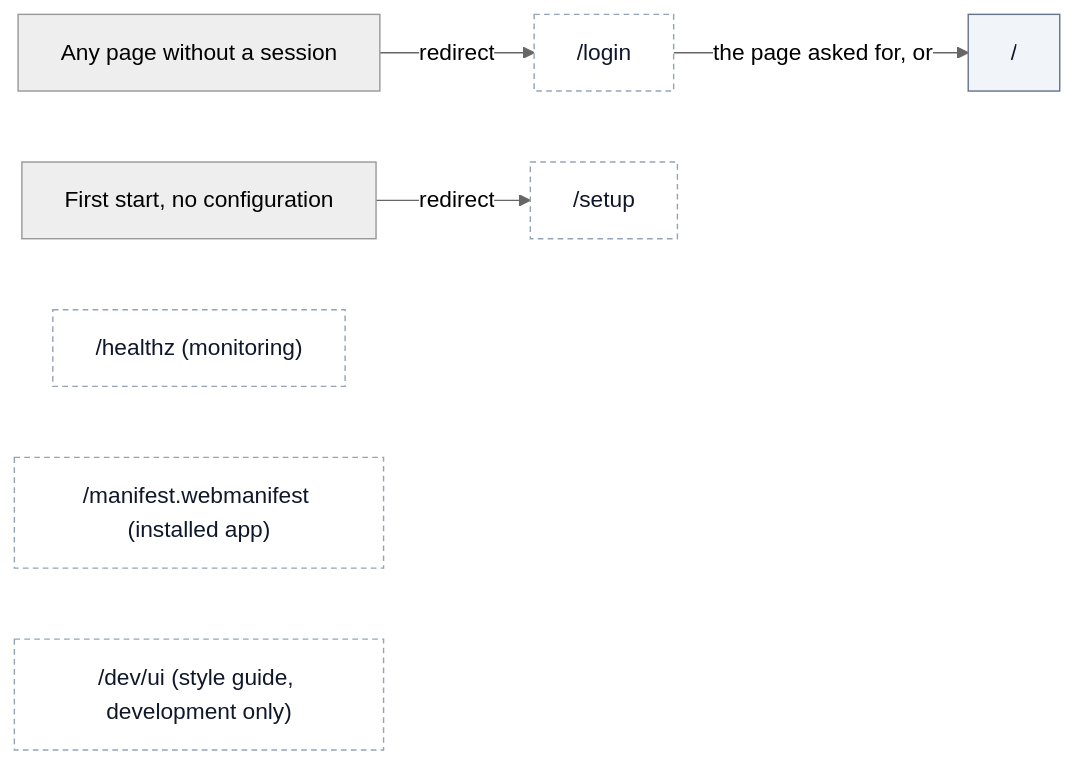
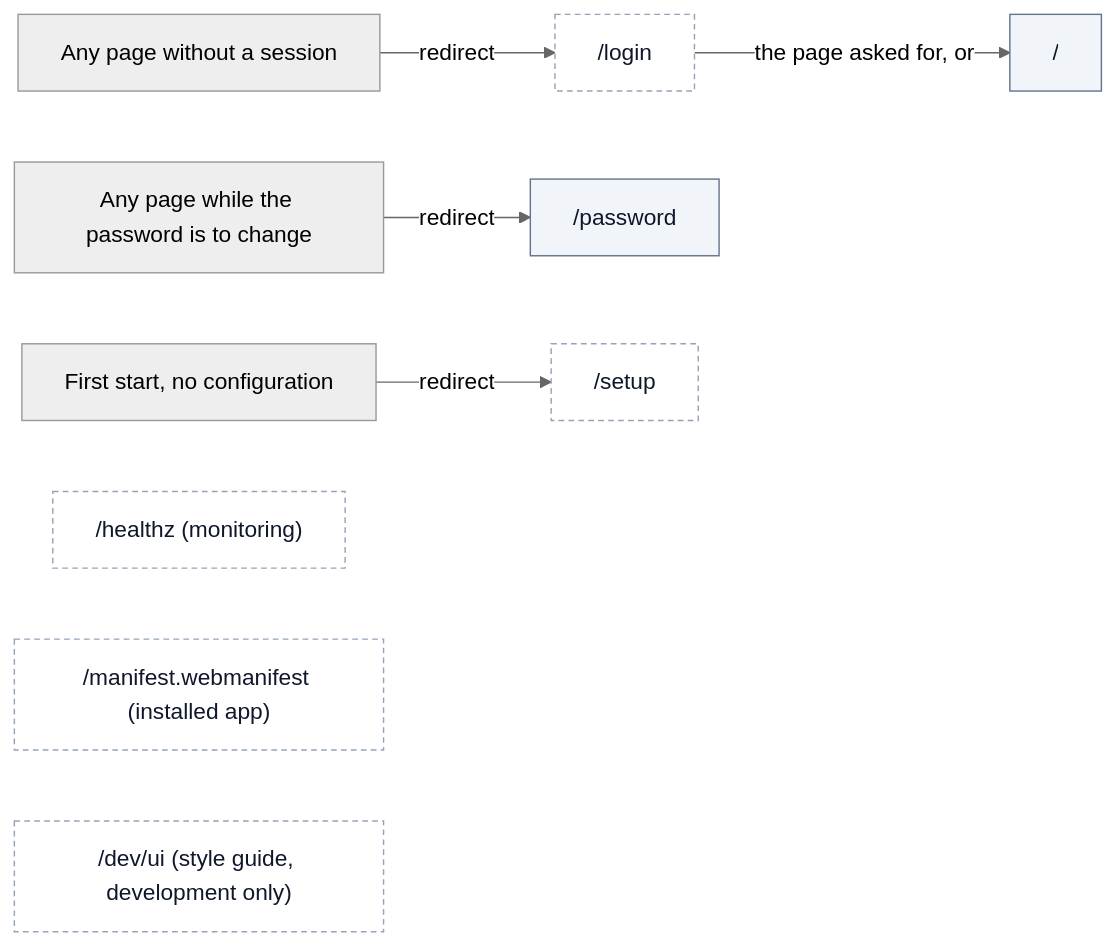
Diagram 11 of 19 in docs/navigation.md (itotm/biblioviva), drawn with Mermaid (neutral theme) before and after one commit. The commit also changed other lines of this file and 91 other files, not shown here.

Commit message:
phase 9.51–9.53: personal accounts with the password changed at the first login and from the account menu; a loan right after a return at the desk; database diagrams drawn on the site and the libraries page

````diff
--- a/docs/navigation.md
+++ b/docs/navigation.md
@@ -434,11 +435,12 @@
 ```mermaid
 flowchart LR
     anyurl["Any page without a session"] -->|"redirect"| login["/login"]:::public
+    due["Any page while the password is to change"] -->|"redirect"| pw["/password"]:::any
     first["First start, no configuration"] -->|"redirect"| setup["/setup"]:::public
     login -->|"the page asked for, or"| dash["/"]:::any
     health["/healthz (monitoring)"]:::public
     manifest["/manifest.webmanifest (installed app)"]:::public
     devui["/dev/ui (style guide, development only)"]:::public
     classDef any fill:#f1f5f9,stroke:#64748b,color:#0f172a
     classDef public fill:#ffffff,stroke:#94a3b8,stroke-dasharray:4 3,color:#0f172a
 ```
````
